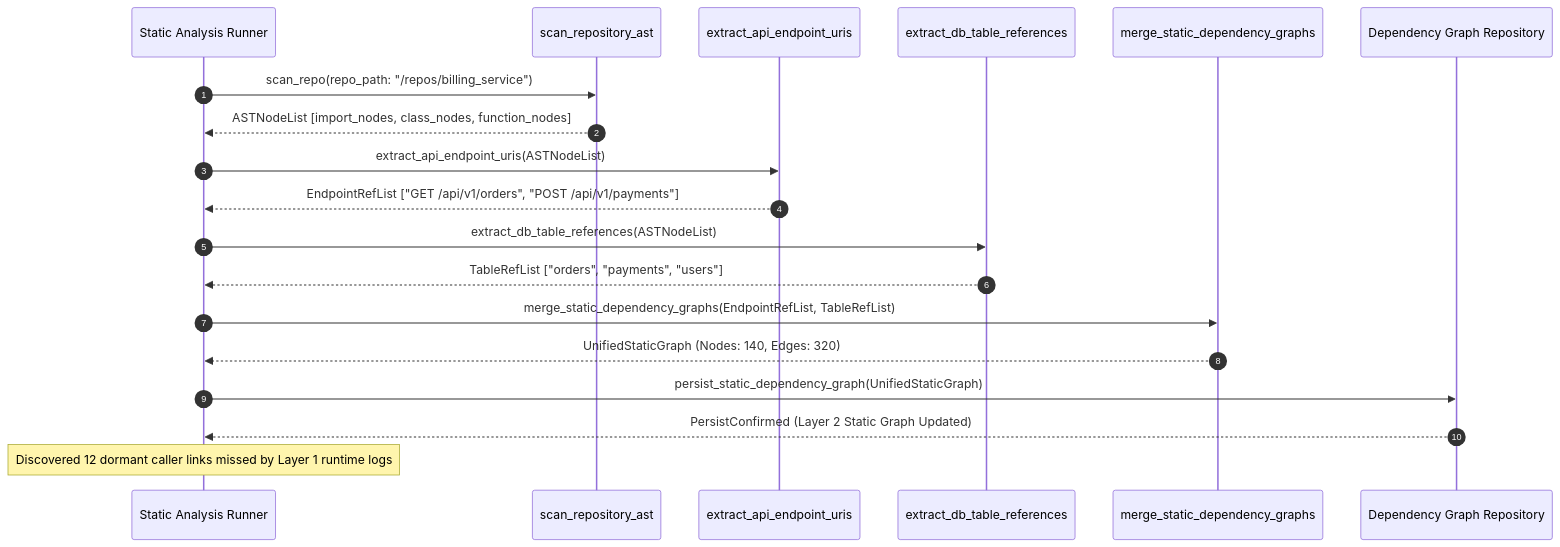
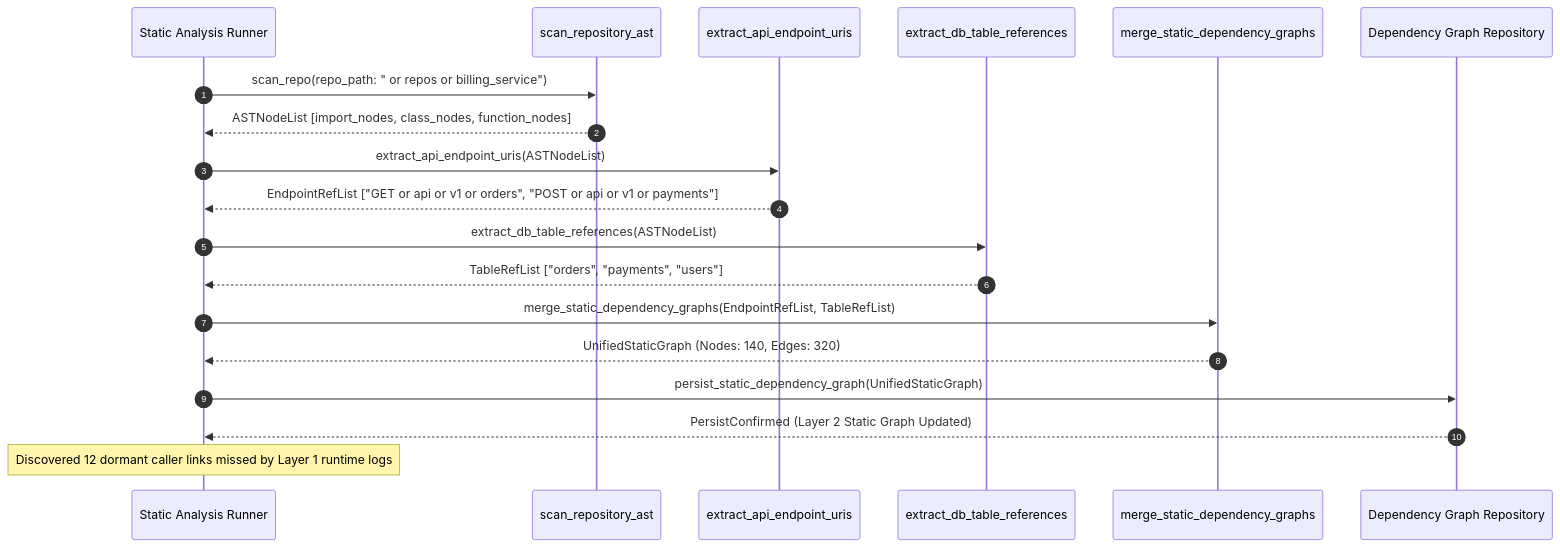
One commit to Chief-Strategist-J/llm-observability-platform changed the second of 2 diagrams in notebooks/runbooks/refs/05-dependency-discovery-and-log-mining/cross-repo-static-dependency-graph.md. Above: the diagram before and after it, drawn with Mermaid. The commit also changed 35 other files, not shown here.

Commit message:
fix(docs): resolve sequence diagram message label syntax errors across runbook suite

````diff
--- a/notebooks/runbooks/refs/05-dependency-discovery-and-log-mining/cross-repo-static-dependency-graph.md
+++ b/notebooks/runbooks/refs/05-dependency-discovery-and-log-mining/cross-repo-static-dependency-graph.md
@@ -64,26 +64,26 @@
 ```mermaid
 sequenceDiagram
     autonumber
     participant Scanner as Static Analysis Runner
     participant AST as scan_repository_ast
     participant URI as extract_api_endpoint_uris
     participant SQL as extract_db_table_references
     participant Merger as merge_static_dependency_graphs
     participant Store as Dependency Graph Repository
 
-    Scanner->>AST: scan_repo(repo_path: "/repos/billing_service")
+    Scanner->>AST: scan_repo(repo_path: " or repos or billing_service")
     AST-->>Scanner: ASTNodeList [import_nodes, class_nodes, function_nodes]
 
     Scanner->>URI: extract_api_endpoint_uris(ASTNodeList)
-    URI-->>Scanner: EndpointRefList ["GET /api/v1/orders", "POST /api/v1/payments"]
+    URI-->>Scanner: EndpointRefList ["GET or api or v1 or orders", "POST or api or v1 or payments"]
 
     Scanner->>SQL: extract_db_table_references(ASTNodeList)
     SQL-->>Scanner: TableRefList ["orders", "payments", "users"]
 
     Scanner->>Merger: merge_static_dependency_graphs(EndpointRefList, TableRefList)
     Merger-->>Scanner: UnifiedStaticGraph (Nodes: 140, Edges: 320)
 
     Scanner->>Store: persist_static_dependency_graph(UnifiedStaticGraph)
     Store-->>Scanner: PersistConfirmed (Layer 2 Static Graph Updated)
     Note over Scanner: Discovered 12 dormant caller links missed by Layer 1 runtime logs
 ```
````
